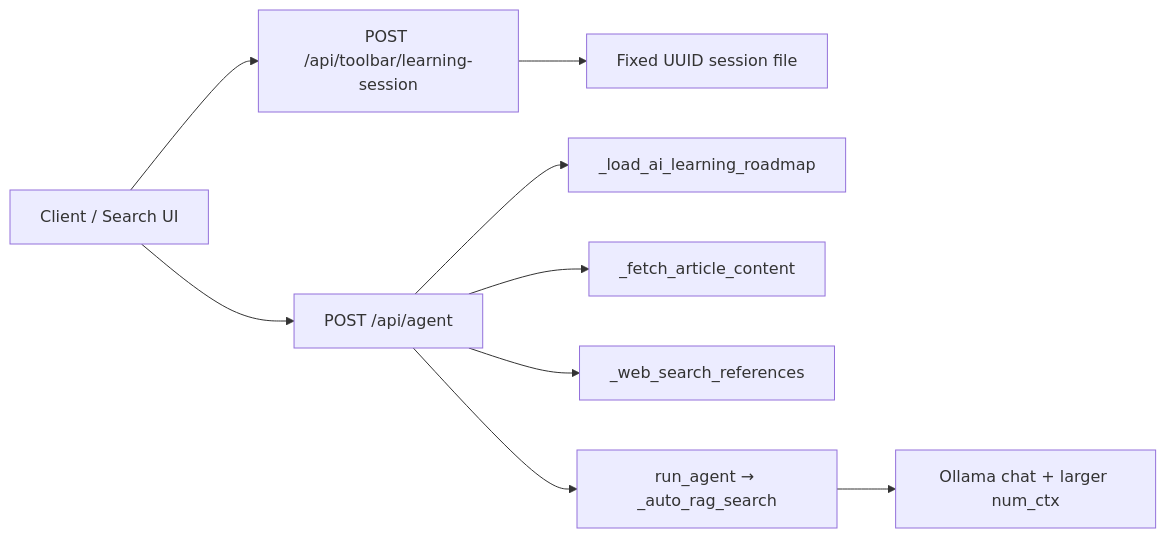
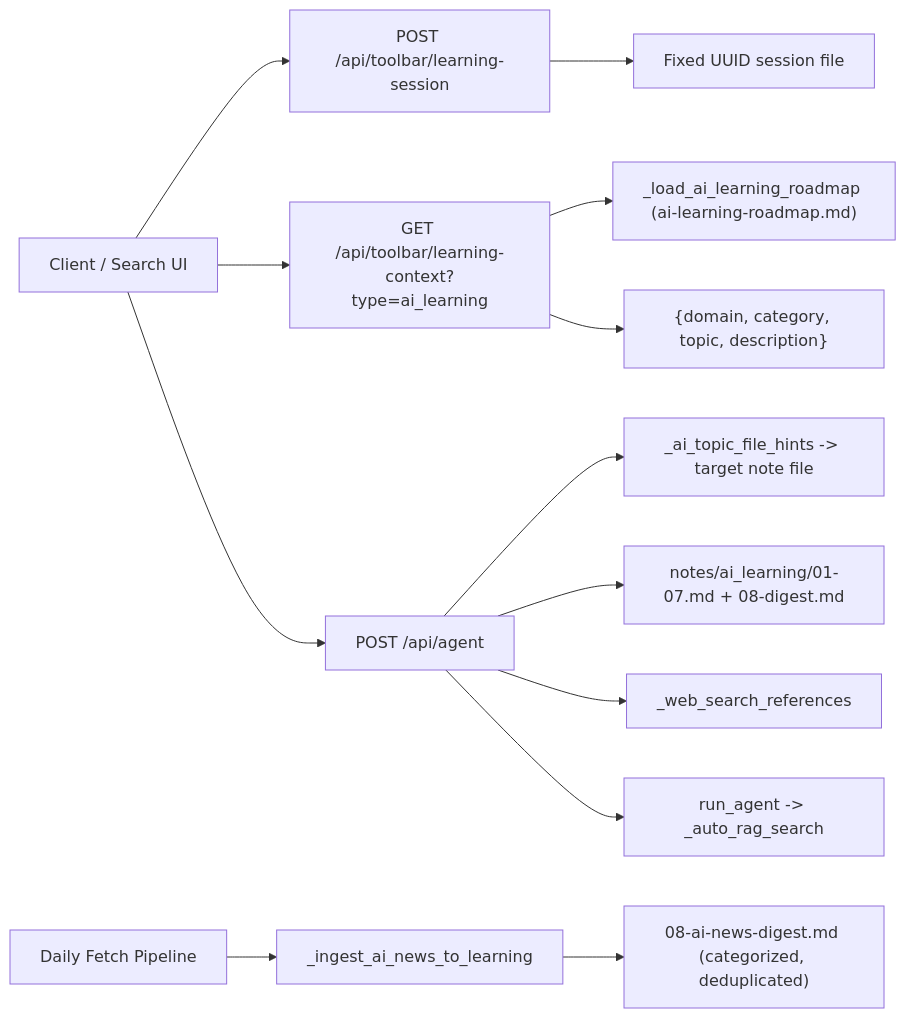
One commit to medavisyin/jarvis-yin changed the diagram in docs/implementation/learning/ai-learning-impl.md. Above: the diagram before and after it, drawn with Mermaid. The commit also changed other lines of this file and 35 other files, not shown here.

````diff
--- a/docs/implementation/learning/ai-learning-impl.md
+++ b/docs/implementation/learning/ai-learning-impl.md
@@ -25,11 +46,15 @@
 ```mermaid
 flowchart LR
   UI["Client / Search UI"] --> LS["POST /api/toolbar/learning-session"]
   LS --> Sess["Fixed UUID session file"]
+  UI --> Ctx["GET /api/toolbar/learning-context?type=ai_learning"]
+  Ctx --> Roadmap["_load_ai_learning_roadmap (ai-learning-roadmap.md)"]
+  Ctx --> Parsed["{domain, category, topic, description}"]
   UI --> Agent["POST /api/agent"]
-  Agent --> Roadmap["_load_ai_learning_roadmap"]
-  Agent --> FetchArt["_fetch_article_content"]
+  Agent --> Hints["_ai_topic_file_hints -> target note file"]
+  Agent --> Notes["notes/ai_learning/01-07.md + 08-digest.md"]
   Agent --> DDG["_web_search_references"]
-  Agent --> RAG["run_agent → _auto_rag_search"]
-  RAG --> Ollama["Ollama chat + larger num_ctx"]
+  Agent --> RAG["run_agent -> _auto_rag_search"]
+  DailyFetch["Daily Fetch Pipeline"] --> Ingest["_ingest_ai_news_to_learning"]
+  Ingest --> Digest["08-ai-news-digest.md (categorized, deduplicated)"]
 ```
````
